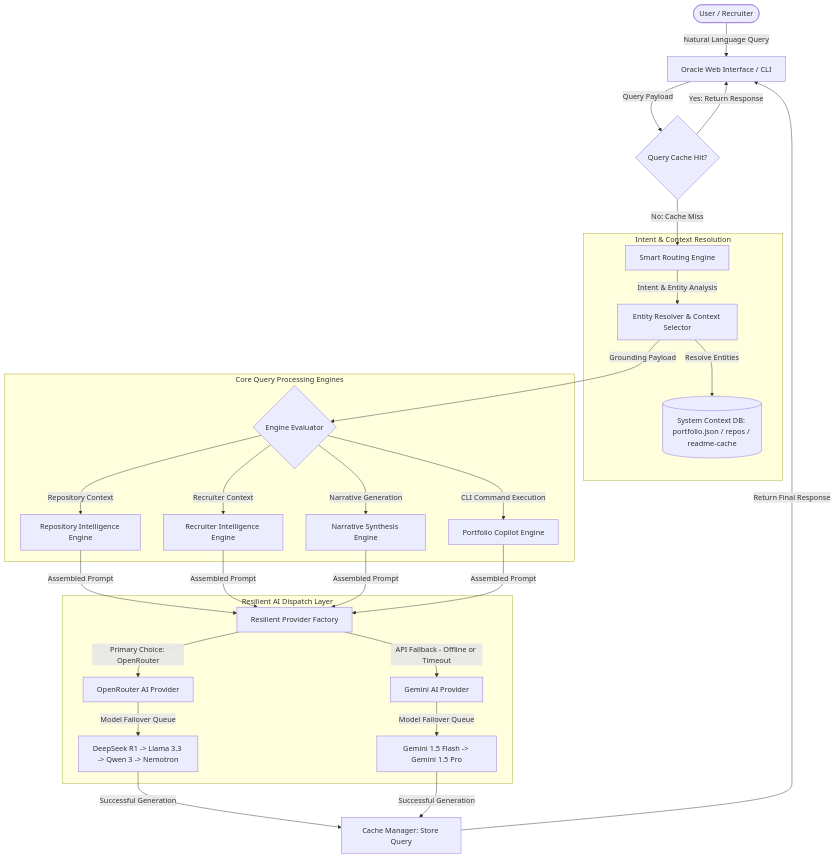
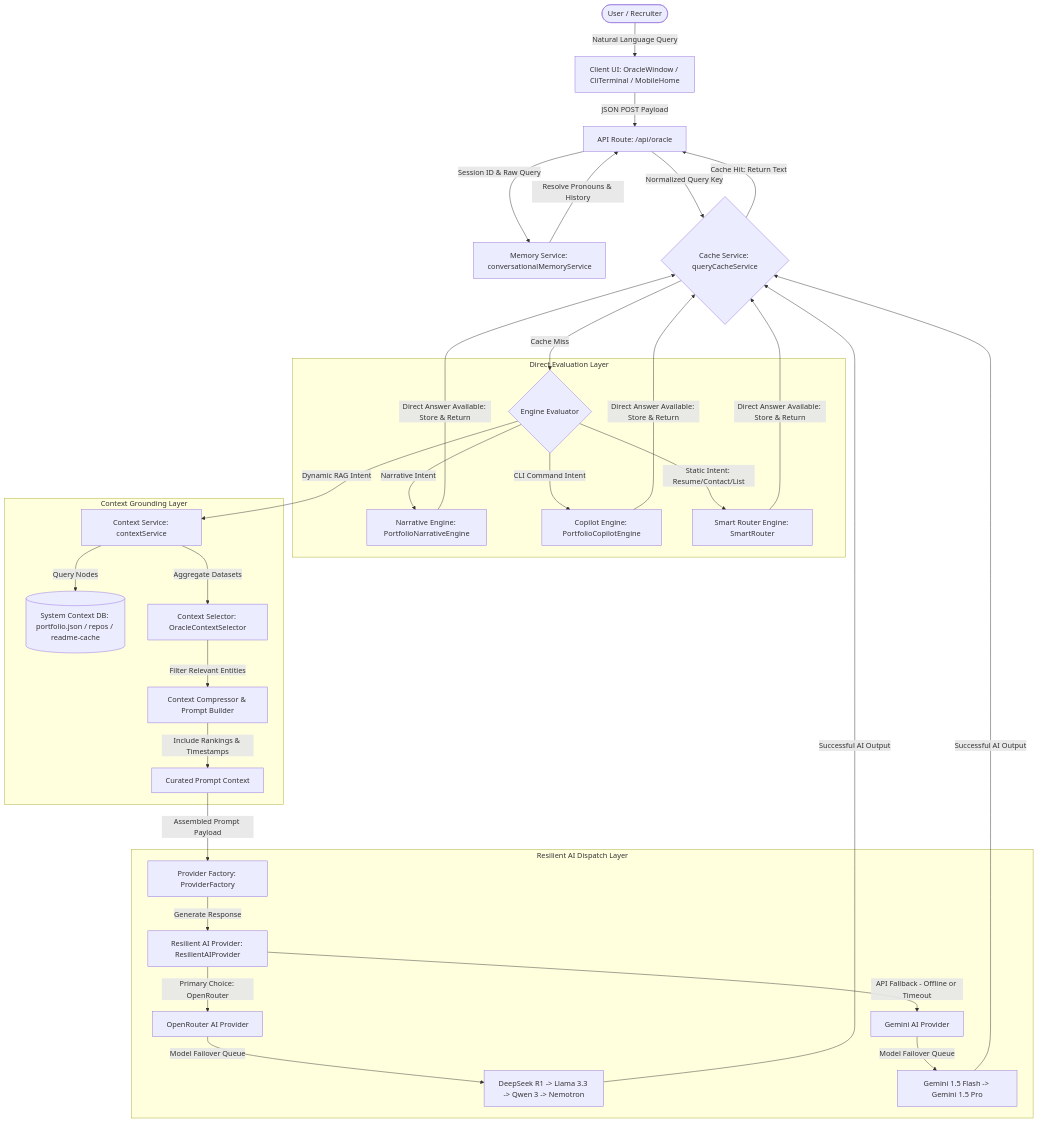
The diagram in README.md (Suraj-codes1410/Multiverse-OS), drawn with Mermaid before and after one commit. The commit also changed other lines of this file, not shown here.

Commit message:
docs: reverse-engineer and document actual implemented system architecture in README

````diff
--- a/README.md
+++ b/README.md
@@ -108,39 +118,41 @@
 ```mermaid
 graph TD
-    User([User / Recruiter]) -->|Natural Language Query| OracleInterface[Oracle Web Interface / CLI]
-    OracleInterface -->|Query Payload| CacheCheck{Query Cache Hit?}
+    User([User / Recruiter]) -->|Natural Language Query| UI[Client UI: OracleWindow / CliTerminal / MobileHome]
+    UI -->|JSON POST Payload| API[API Route: /api/oracle]
+    API -->|Session ID & Raw Query| Memory[Memory Service: conversationalMemoryService]
+    Memory -->|Resolve Pronouns & History| API
     
-    %% Cache hits route directly back
-    CacheCheck -->|Yes: Return Response| OracleInterface
+    API -->|Normalized Query Key| Cache{Cache Service: queryCacheService}
+    Cache -->|Cache Hit: Return Text| API
     
-    %% Cache miss route to classifier
-    CacheCheck -->|No: Cache Miss| Router[Smart Routing Engine]
+    Cache -->|Cache Miss| Engines{Engine Evaluator}
     
-    subgraph Intent & Context Resolution
-        Router -->|Intent & Entity Analysis| EntityResolver[Entity Resolver & Context Selector]
-        EntityResolver -->|Resolve Entities| ContextDB[(System Context DB: portfolio.json / repos / readme-cache)]
+    subgraph Direct Evaluation Layer
+        Engines -->|Narrative Intent| Narrative[Narrative Engine: PortfolioNarrativeEngine]
+        Engines -->|CLI Command Intent| Copilot[Copilot Engine: PortfolioCopilotEngine]
+        Engines -->|Static Intent: Resume/Contact/List| SmartRouter[Smart Router Engine: SmartRouter]
     end
     
-    subgraph Core Query Processing Engines
-        EntityResolver -->|Grounding Payload| Engines{Engine Evaluator}
-        Engines -->|Repository Context| RepoEngine[Repository Intelligence Engine]
-        Engines -->|Recruiter Context| RecruiterEngine[Recruiter Intelligence Engine]
-        Engines -->|Narrative Generation| NarrativeEngine[Narrative Synthesis Engine]
-        Engines -->|CLI Command Execution| CopilotEngine[Portfolio Copilot Engine]
+    Narrative & Copilot & SmartRouter -->|Direct Answer Available: Store & Return| Cache
+    
+    subgraph Context Grounding Layer
+        Engines -->|Dynamic RAG Intent| ContextService[Context Service: contextService]
+        ContextService -->|Query Nodes| DB[(System Context DB: portfolio.json / repos / readme-cache)]
+        ContextService -->|Aggregate Datasets| Selector[Context Selector: OracleContextSelector]
+        Selector -->|Filter Relevant Entities| Comp[Context Compressor & Prompt Builder]
+        Comp -->|Include Rankings & Timestamps| Prompt[Curated Prompt Context]
     end
-
-    %% Providers selection
-    RepoEngine & RecruiterEngine & NarrativeEngine & CopilotEngine -->|Assembled Prompt| ProviderFactory[Resilient Provider Factory]
+    
+    Prompt -->|Assembled Prompt Payload| Factory[Provider Factory: ProviderFactory]
     
     subgraph Resilient AI Dispatch Layer
-        ProviderFactory -->|Primary Choice: OpenRouter| OpenRouter[OpenRouter AI Provider]
-        ProviderFactory -->|API Fallback - Offline or Timeout| Gemini[Gemini AI Provider]
+        Factory -->|Generate Response| ResilientProvider[Resilient AI Provider: ResilientAIProvider]
+        ResilientProvider -->|Primary Choice: OpenRouter| OpenRouter[OpenRouter AI Provider]
+        ResilientProvider -->|API Fallback - Offline or Timeout| Gemini[Gemini AI Provider]
         
-        %% Model-level failover queues
         OpenRouter -->|Model Failover Queue| ORQueue[DeepSeek R1 -> Llama 3.3 -> Qwen 3 -> Nemotron]
         Gemini -->|Model Failover Queue| GemQueue[Gemini 1.5 Flash -> Gemini 1.5 Pro]
     end
-
-    ORQueue & GemQueue -->|Successful Generation| CacheStore[Cache Manager: Store Query]
-    CacheStore -->|Return Final Response| OracleInterface
+    
+    ORQueue & GemQueue -->|Successful AI Output| Cache
 ```
````
